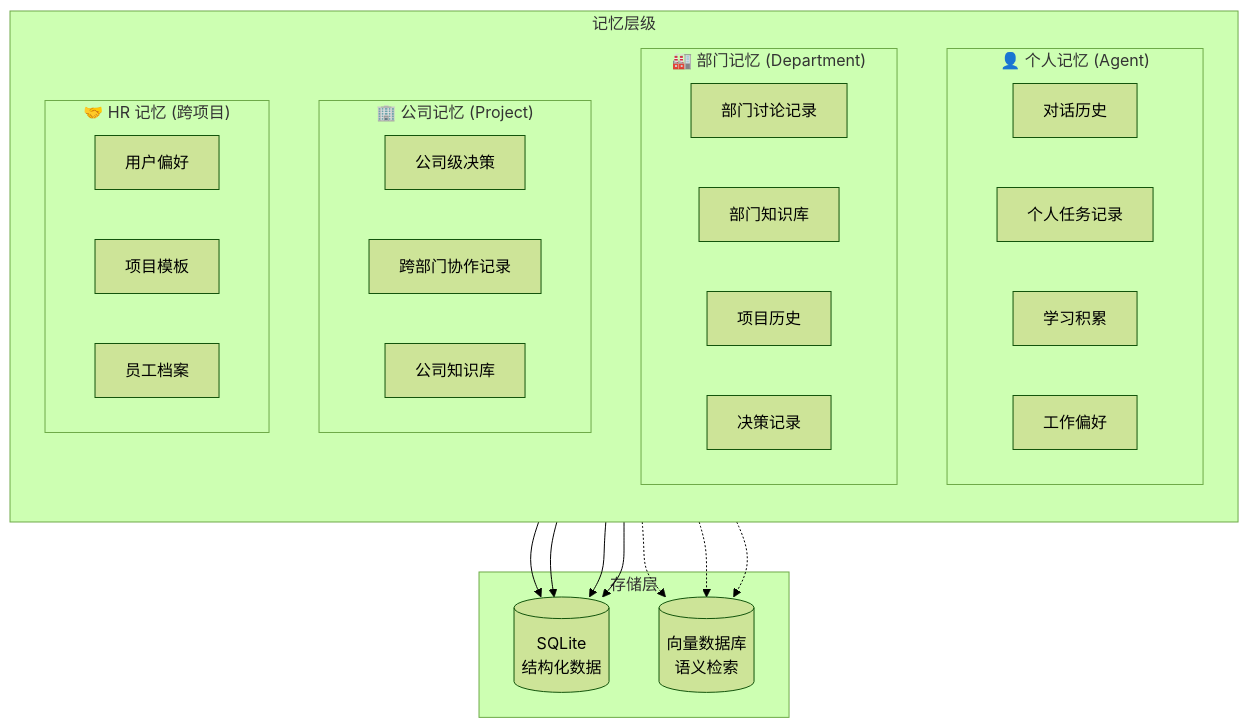
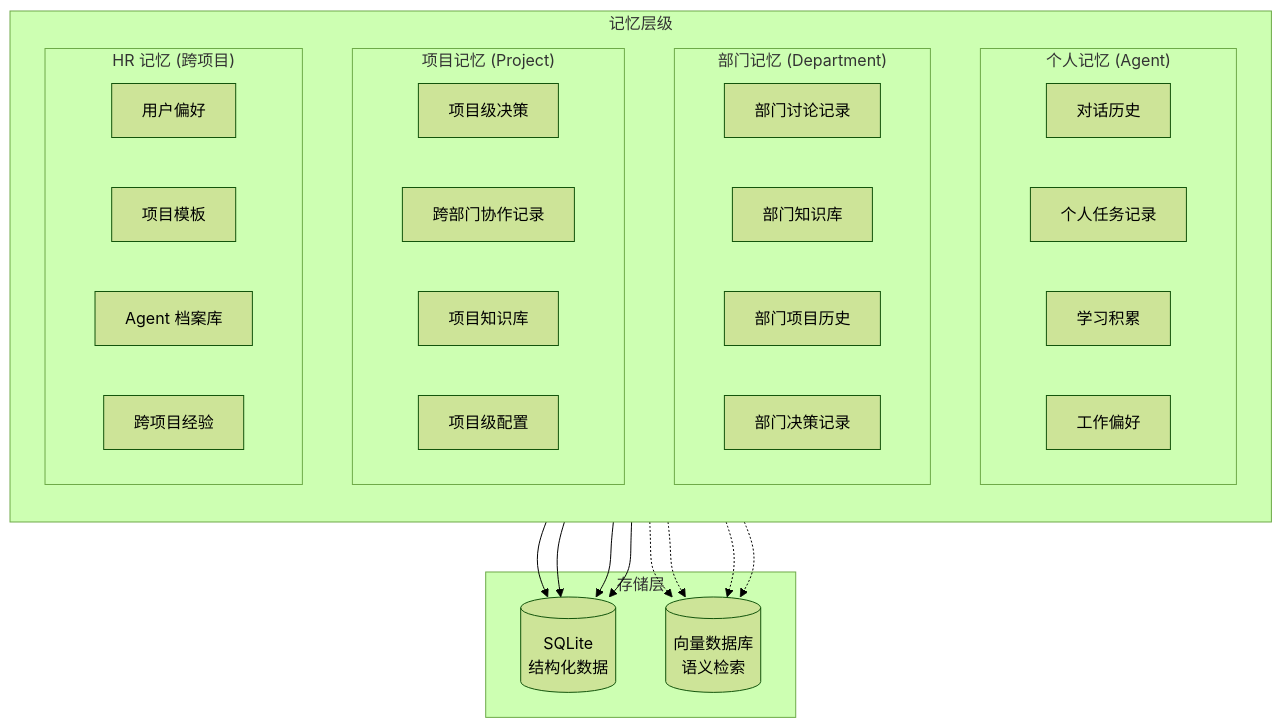
One commit to march-work/BeesTown changed the second of 3 diagrams in project_map/MAIN_ARCHITECTURE.md. Above: the diagram before and after it, drawn with Mermaid (forest theme). The commit also changed other lines of this file and 1 other file, not shown here.

First line of the commit message:
docs(project_map): 精简架构文档并移除已拍板项

````diff
--- a/project_map/MAIN_ARCHITECTURE.md
+++ b/project_map/MAIN_ARCHITECTURE.md
@@ -384,46 +631,49 @@
 ```mermaid
 graph TB
     subgraph MemoryLayers["记忆层级"]
         direction TB
         
-        subgraph PersonalMemory["👤 个人记忆 (Agent)"]
+        subgraph PersonalMemory["个人记忆 (Agent)"]
             PM1["对话历史"] 
             PM2["个人任务记录"]
             PM3["学习积累"]
             PM4["工作偏好"]
         end
 
-        subgraph DeptMemory["🏭 部门记忆 (Department)"]
+        subgraph DeptMemory["部门记忆 (Department)"]
             DM1["部门讨论记录"]
             DM2["部门知识库"]
-            DM3["项目历史"]
-            DM4["决策记录"]
+            DM3["部门项目历史"]
+            DM4["部门决策记录"]
         end
 
-        subgraph CompanyMemory["🏢 公司记忆 (Project)"]
-            CM1["公司级决策"]
+        subgraph ProjectMemory["项目记忆 (Project)"]
+            CM1["项目级决策"]
             CM2["跨部门协作记录"]
-            CM3["公司知识库"]
+            CM3["项目知识库"]
+            CM4["项目级配置"]
         end
 
-        subgraph HRMemory["🤝 HR 记忆 (跨项目)"]
+        subgraph HRMemory["HR 记忆 (跨项目)"]
             HM1["用户偏好"]
             HM2["项目模板"]
-            HM3["员工档案"]
+            HM3["Agent 档案库"]
+            HM4["跨项目经验"]
         end
     end
 
     subgraph Storage["存储层"]
         SQLite[("SQLite<br/>结构化数据")]
         Vector[("向量数据库<br/>语义检索")]
     end
 
     PersonalMemory --> SQLite
     DeptMemory --> SQLite
-    CompanyMemory --> SQLite
+    ProjectMemory --> SQLite
     HRMemory --> SQLite
     
     PersonalMemory -.-> Vector
     DeptMemory -.-> Vector
-    CompanyMemory -.-> Vector
+    ProjectMemory -.-> Vector
+    HRMemory -.-> Vector
 ```
````
